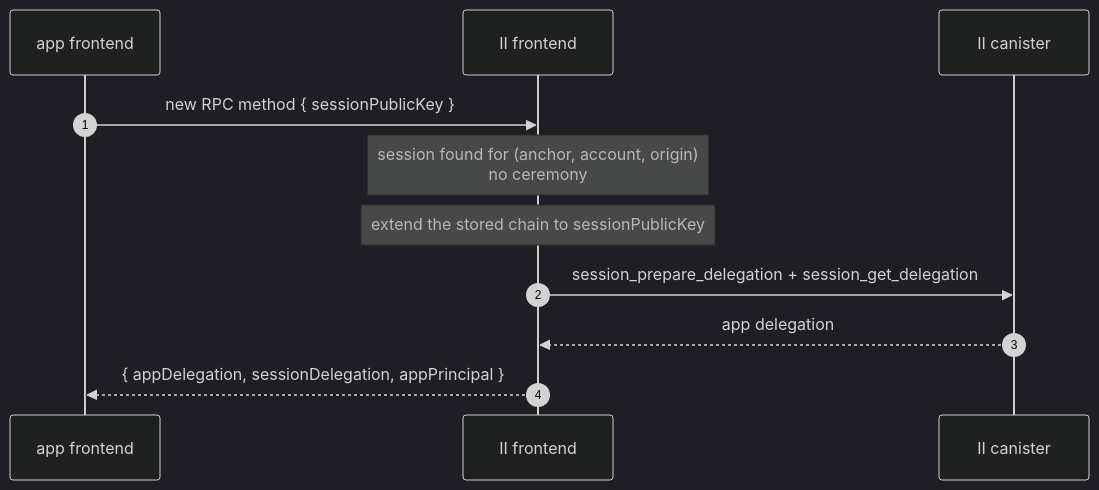
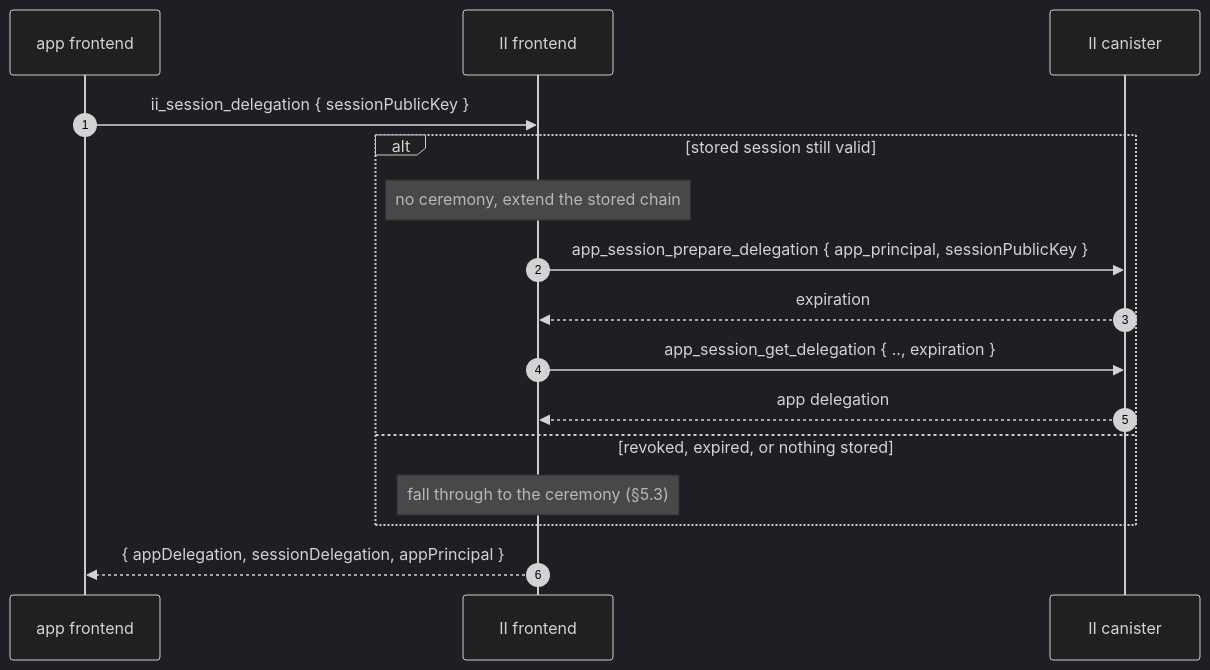
One commit to dfinity/internet-identity changed the fourth of 7 diagrams in docs/ongoing/revocable-app-sessions.md. Above: the diagram before and after it, drawn with Mermaid (dark theme). The commit also changed other lines of this file, not shown here.

````diff
--- a/docs/ongoing/revocable-app-sessions.md
+++ b/docs/ongoing/revocable-app-sessions.md
@@ -334,13 +243,18 @@
 ```mermaid
 sequenceDiagram
     autonumber
     participant App as app frontend
     participant IIF as II frontend
     participant IIC as II canister
-    App->>IIF: new RPC method { sessionPublicKey }
-    Note over IIF: session found for (anchor, account, origin)<br/>no ceremony
-    Note over IIF: extend the stored chain to sessionPublicKey
-    IIF->>IIC: session_prepare_delegation + session_get_delegation
-    IIC-->>IIF: app delegation
+    App->>IIF: ii_session_delegation { sessionPublicKey }
+    alt stored session still valid
+        Note over IIF: no ceremony, extend the stored chain
+        IIF->>IIC: app_session_prepare_delegation { app_principal, sessionPublicKey }
+        IIC-->>IIF: expiration
+        IIF->>IIC: app_session_get_delegation { .., expiration }
+        IIC-->>IIF: app delegation
+    else revoked, expired, or nothing stored
+        Note over IIF: fall through to the ceremony (§5.3)
+    end
     IIF-->>App: { appDelegation, sessionDelegation, appPrincipal }
 ```
````
